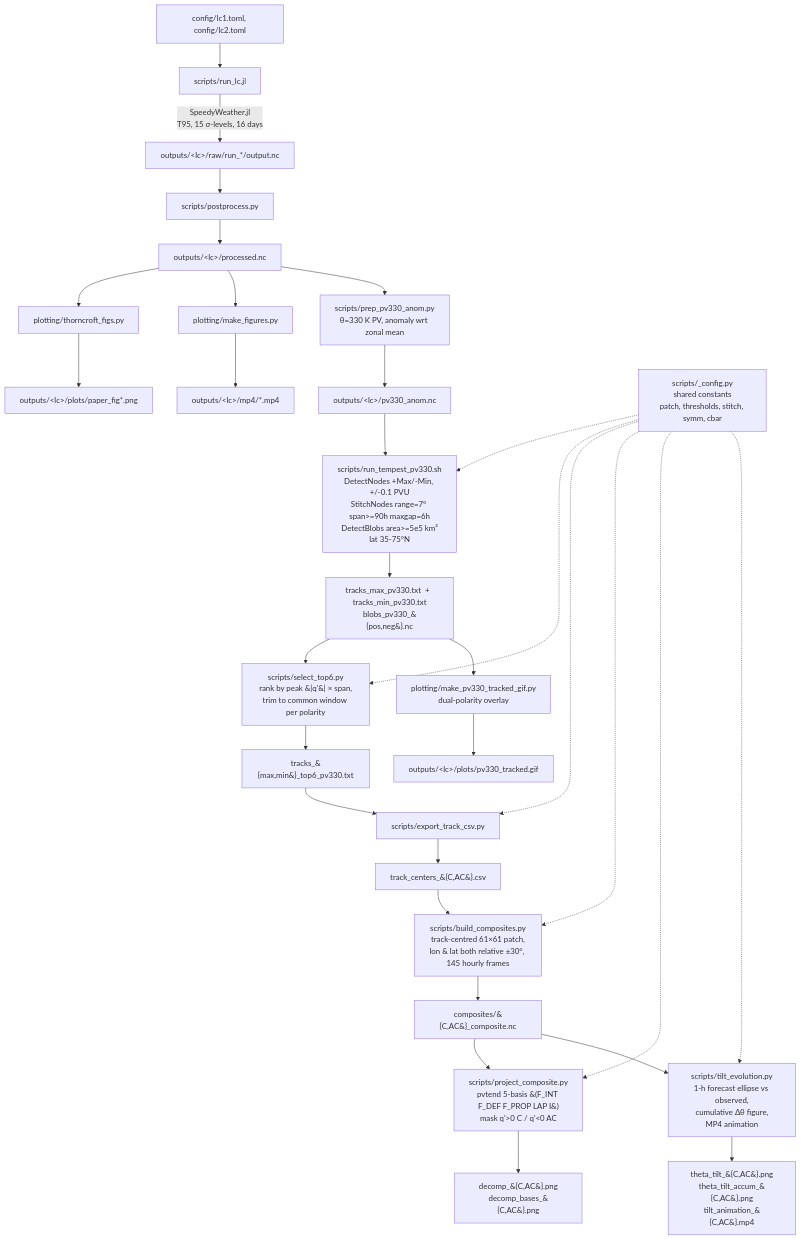
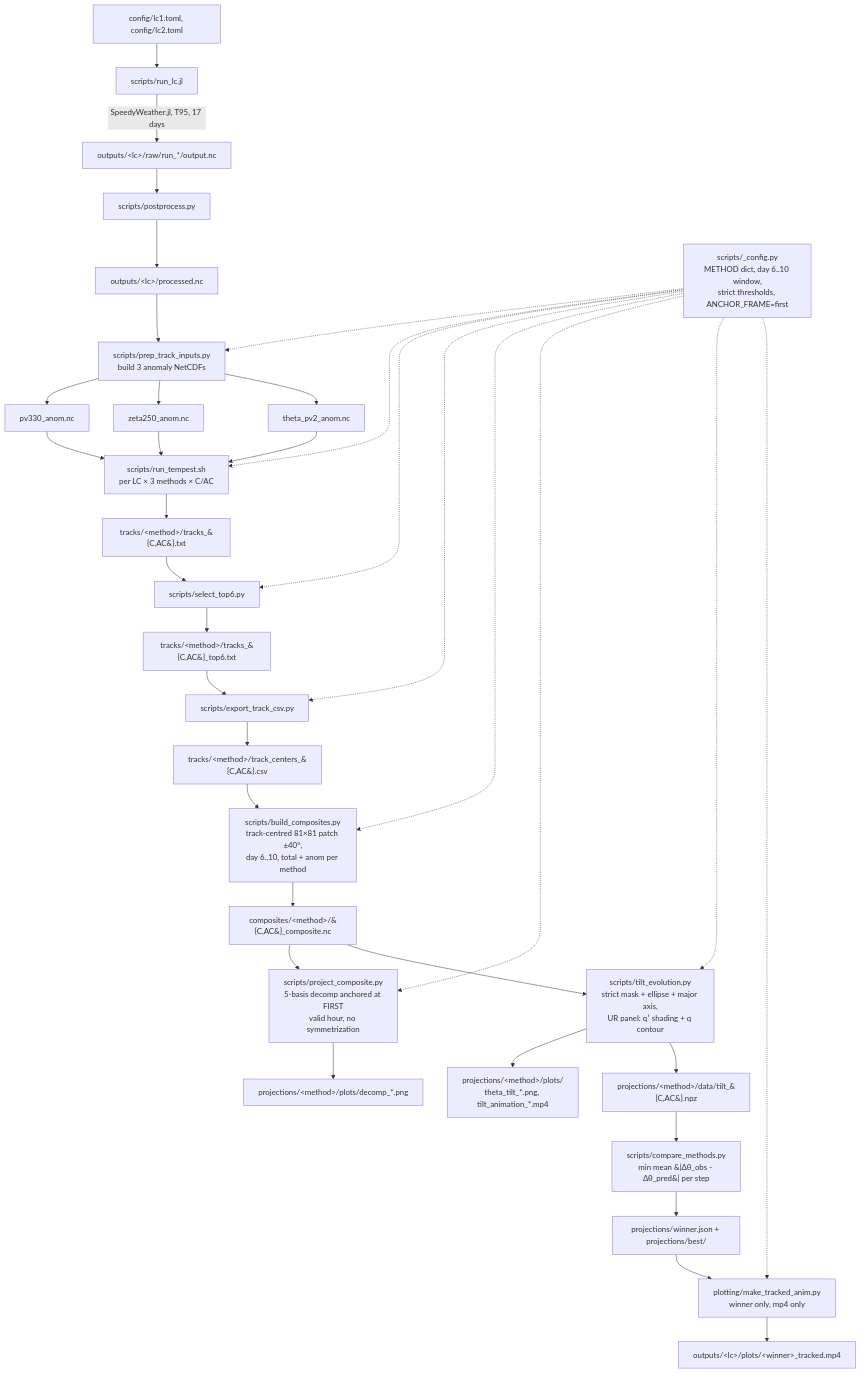
Before and after one commit to yanxingjianken/thorncroft93RWB: the diagram in README.md, drawn with Mermaid. The commit also changed other lines of this file and 139 other files, not shown here.

````diff
--- a/README.md
+++ b/README.md
@@ -148,36 +167,32 @@
 ```mermaid
 graph TD
     A[config/lc1.toml, config/lc2.toml] --> B[scripts/run_lc.jl]
-    B -->|SpeedyWeather.jl<br/>T95, 15 &sigma;-levels, 16 days| C[outputs/&lt;lc&gt;/raw/run_*/output.nc]
+    B -->|SpeedyWeather.jl, T95, 17 days| C[outputs/&lt;lc&gt;/raw/run_*/output.nc]
     C --> D[scripts/postprocess.py]
     D --> E[outputs/&lt;lc&gt;/processed.nc]
-    E --> F1[plotting/thorncroft_figs.py]
-    E --> F2[plotting/make_figures.py]
-    F1 --> G1[outputs/&lt;lc&gt;/plots/paper_fig*.png]
-    F2 --> G2[outputs/&lt;lc&gt;/mp4/*.mp4]
 
-    E --> H[scripts/prep_pv330_anom.py<br/>&theta;=330 K PV, anomaly wrt zonal mean]
-    H --> I[outputs/&lt;lc&gt;/pv330_anom.nc]
+    CFG[scripts/_config.py<br/>METHOD dict, day 6..10 window,<br/>strict thresholds, ANCHOR_FRAME=first] -.-> H
+    CFG -.-> J & L & EXP & N & P & R & W
 
-    CFG[scripts/_config.py<br/>shared constants<br/>patch, thresholds, stitch, symm, cbar] -.-> J
-    CFG -.-> L
-    CFG -.-> EXP
-    CFG -.-> N
-    CFG -.-> P
-    CFG -.-> R
-
-    I --> J[scripts/run_tempest_pv330.sh<br/>DetectNodes +Max/-Min, +/-0.1 PVU<br/>StitchNodes range=7&deg; span>=90h maxgap=6h<br/>DetectBlobs area>=5e5 km&sup2;<br/>lat 35-75&deg;N]
-    J --> K1[tracks_max_pv330.txt  +  tracks_min_pv330.txt<br/>blobs_pv330_&#123;pos,neg&#125;.nc]
-    K1 --> L[scripts/select_top6.py<br/>rank by peak &#124;q'&#124; &times; span,<br/>trim to common window per polarity]
-    L --> M[tracks_&#123;max,min&#125;_top6_pv330.txt]
+    E --> H[scripts/prep_track_inputs.py<br/>build 3 anomaly NetCDFs]
+    H --> I1[pv330_anom.nc]
+    H --> I2[zeta250_anom.nc]
+    H --> I3[theta_pv2_anom.nc]
+    I1 & I2 & I3 --> J[scripts/run_tempest.sh<br/>per LC &times; 3 methods &times; C/AC]
+    J --> K[tracks/&lt;method&gt;/tracks_&#123;C,AC&#125;.txt]
+    K --> L[scripts/select_top6.py]
+    L --> M[tracks/&lt;method&gt;/tracks_&#123;C,AC&#125;_top6.txt]
     M --> EXP[scripts/export_track_csv.py]
-    EXP --> CSV[track_centers_&#123;C,AC&#125;.csv]
-    CSV --> N[scripts/build_composites.py<br/>track-centred 61&times;61 patch,<br/>lon &amp; lat both relative &plusmn;30&deg;, 145 hourly frames]
-    N --> O[composites/&#123;C,AC&#125;_composite.nc]
-    O --> P[scripts/project_composite.py<br/>pvtend 5-basis &#40;F_INT F_DEF F_PROP LAP I&#41;<br/>mask q'>0 C / q'<0 AC]
-    P --> Q[decomp_&#123;C,AC&#125;.png<br/>decomp_bases_&#123;C,AC&#125;.png]
-    O --> R[scripts/tilt_evolution.py<br/>1-h forecast ellipse vs observed,<br/>cumulative &Delta;&theta; figure,<br/>MP4 animation]
-    R --> S[theta_tilt_&#123;C,AC&#125;.png<br/>theta_tilt_accum_&#123;C,AC&#125;.png<br/>tilt_animation_&#123;C,AC&#125;.mp4]
-    K1 --> T[plotting/make_pv330_tracked_gif.py<br/>dual-polarity overlay]
-    T --> U[outputs/&lt;lc&gt;/plots/pv330_tracked.gif]
+    EXP --> CSV[tracks/&lt;method&gt;/track_centers_&#123;C,AC&#125;.csv]
+    CSV --> N[scripts/build_composites.py<br/>track-centred 81&times;81 patch &plusmn;40&deg;,<br/>day 6..10, total + anom per method]
+    N --> O[composites/&lt;method&gt;/&#123;C,AC&#125;_composite.nc]
+    O --> P[scripts/project_composite.py<br/>5-basis decomp anchored at FIRST<br/>valid hour, no symmetrization]
+    P --> Q[projections/&lt;method&gt;/plots/decomp_*.png]
+    O --> R[scripts/tilt_evolution.py<br/>strict mask + ellipse + major axis,<br/>UR panel: q&prime; shading + q contour]
+    R --> S[projections/&lt;method&gt;/plots/<br/>theta_tilt_*.png, tilt_animation_*.mp4]
+    R --> SD[projections/&lt;method&gt;/data/tilt_&#123;C,AC&#125;.npz]
+    SD --> CMP[scripts/compare_methods.py<br/>min mean &#124;&Delta;&theta;_obs - &Delta;&theta;_pred&#124; per step]
+    CMP --> WIN[projections/winner.json + projections/best/]
+    WIN --> W[plotting/make_tracked_anim.py<br/>winner only, mp4 only]
+    W --> WPMP[outputs/&lt;lc&gt;/plots/&lt;winner&gt;_tracked.mp4]
 ```
````
